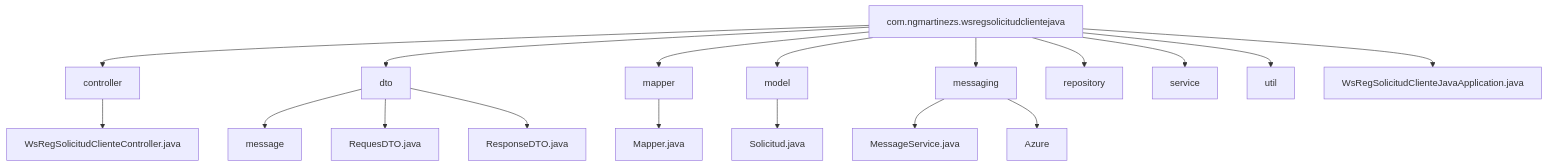
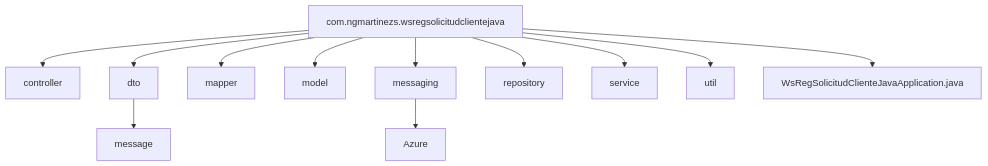
Before and after one commit to ngmartinezs/ngmartinezs-event-management-spring-boot-asb: the first of 6 diagrams in ws-registro-solicitud-app-java/README.md, drawn with Mermaid. The commit also changed other lines of this file and 1 other file, not shown here.

````diff
--- a/ws-registro-solicitud-app-java/README.md
+++ b/ws-registro-solicitud-app-java/README.md
@@ -26,28 +30,16 @@
 ```mermaid
 graph TD
     A[com.ngmartinezs.wsregsolicitudclientejava] --> B[controller]
     A --> C[dto]
     A --> D[mapper]
     A --> E[model]
     A --> Z[messaging]
     A --> F[repository]
     A --> G[service]
     A --> H[util]
     A --> I[WsRegSolicitudClienteJavaApplication.java]
 
-    B --> J[WsRegSolicitudClienteController.java]
+    C --> K[message]
 
-    C --> K[message]
-    C --> L[RequesDTO.java]
-    C --> M[ResponseDTO.java]
-
-    D --> P[Mapper.java]
-
-    E --> Q[Solicitud.java]
-
-    Z --> R[MessageService.java]
     Z --> T[Azure]
-
-
-
 ```
````
